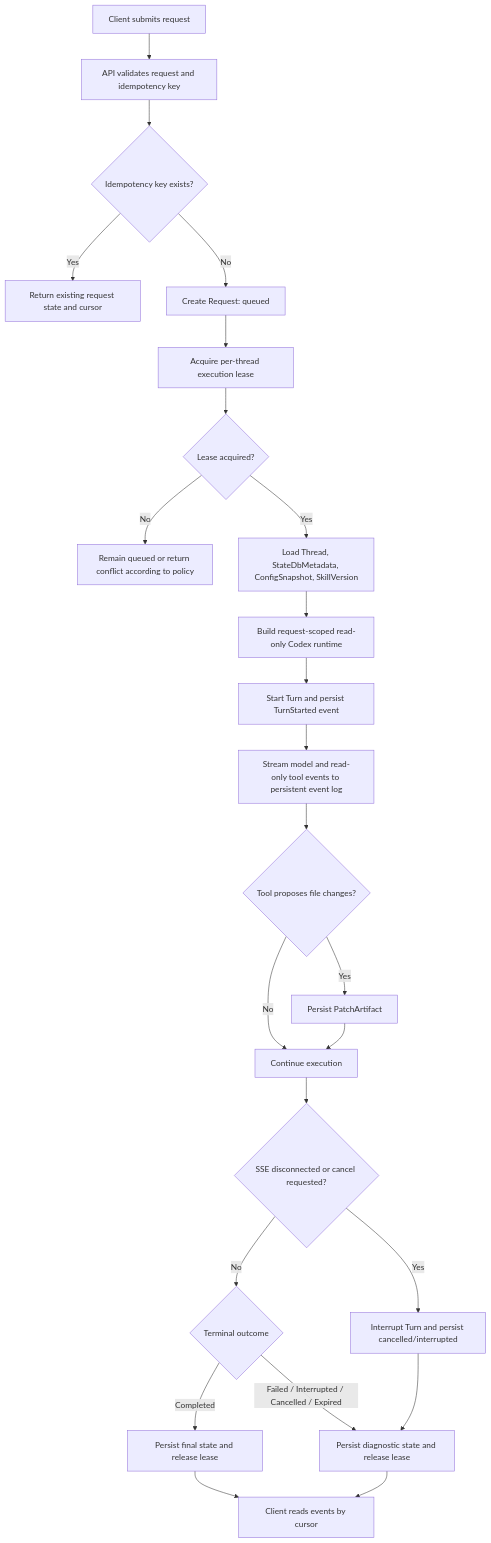
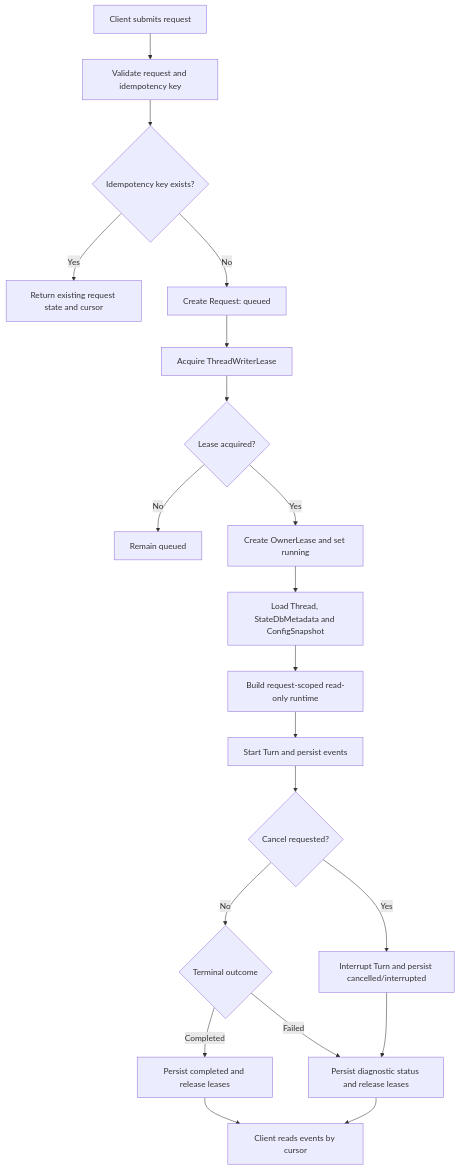
One commit to iamqiw/codex-pri changed the diagram in dev_harness/design/versions/20260604_v0.1_stateless/stateless-codex-cli-requirements-design.md. Above: the diagram before and after it, drawn with Mermaid. The commit also changed other lines of this file and 1 other file, not shown here.

````diff
--- a/dev_harness/design/versions/20260604_v0.1_stateless/stateless-codex-cli-requirements-design.md
+++ b/dev_harness/design/versions/20260604_v0.1_stateless/stateless-codex-cli-requirements-design.md
@@ -163,26 +113,22 @@
 ```mermaid
 flowchart TD
-    A["Client submits request"] --> B["API validates request and idempotency key"]
+    A["Client submits request"] --> B["Validate request and idempotency key"]
     B --> C{"Idempotency key exists?"}
     C -->|Yes| D["Return existing request state and cursor"]
     C -->|No| E["Create Request: queued"]
-    E --> F["Acquire per-thread execution lease"]
+    E --> F["Acquire ThreadWriterLease"]
     F --> G{"Lease acquired?"}
-    G -->|No| H["Remain queued or return conflict according to policy"]
-    G -->|Yes| I["Load Thread, StateDbMetadata, ConfigSnapshot, SkillVersion"]
-    I --> J["Build request-scoped read-only Codex runtime"]
-    J --> K["Start Turn and persist TurnStarted event"]
-    K --> L["Stream model and read-only tool events to persistent event log"]
-    L --> M{"Tool proposes file changes?"}
-    M -->|Yes| N["Persist PatchArtifact"]
-    M -->|No| P["Continue execution"]
-    N --> P
-    P --> Q{"SSE disconnected or cancel requested?"}
-    Q -->|Yes| X["Interrupt Turn and persist cancelled/interrupted"]
-    Q -->|No| Y{"Terminal outcome"}
-    Y -->|Completed| R["Persist final state and release lease"]
-    Y -->|Failed / Interrupted / Cancelled / Expired| S["Persist diagnostic state and release lease"]
-    X --> S
-    R --> T["Client reads events by cursor"]
-    S --> T
+    G -->|No| H["Remain queued"]
+    G -->|Yes| I["Create OwnerLease and set running"]
+    I --> J["Load Thread, StateDbMetadata and ConfigSnapshot"]
+    J --> K["Build request-scoped read-only runtime"]
+    K --> L["Start Turn and persist events"]
+    L --> M{"Cancel requested?"}
+    M -->|Yes| N["Interrupt Turn and persist cancelled/interrupted"]
+    M -->|No| O{"Terminal outcome"}
+    O -->|Completed| P["Persist completed and release leases"]
+    O -->|Failed| Q["Persist diagnostic status and release leases"]
+    N --> Q
+    P --> R["Client reads events by cursor"]
+    Q --> R
 ```
````
